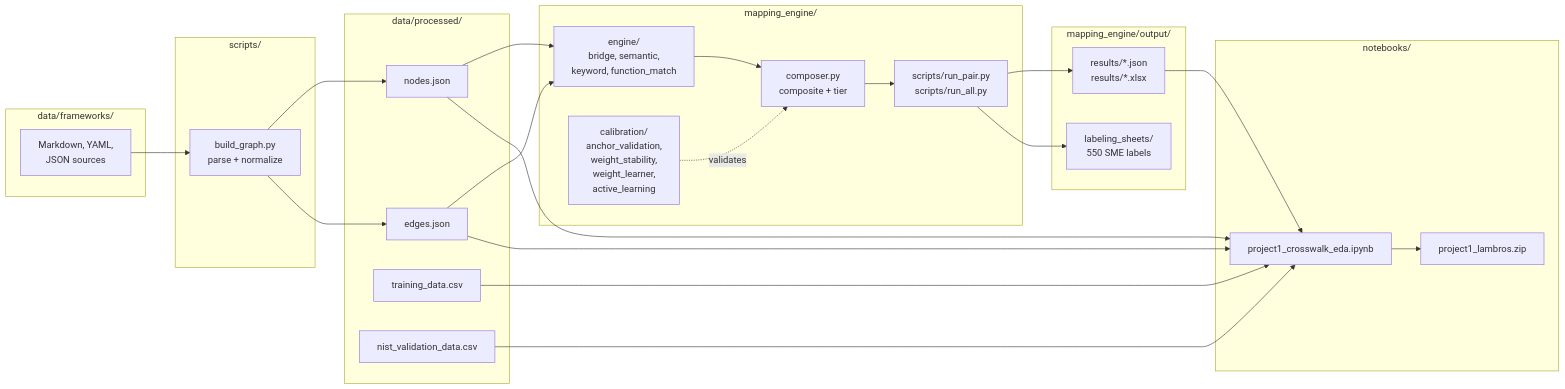
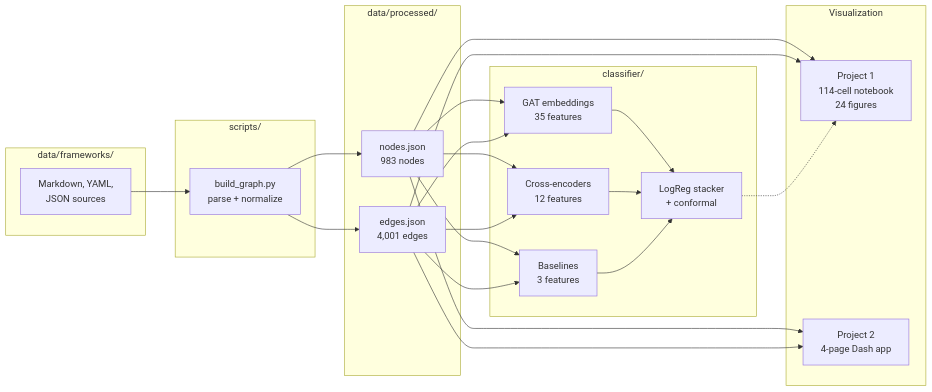
Before and after one commit to rocklambros/ai-security-framework-crosswalk: the second of 3 diagrams in README.md, drawn with Mermaid. The commit also changed other lines of this file and 3 other files, not shown here.

First line of the commit message:
docs: full rewrite of all READMEs with corrected metrics and current project state

````diff
--- a/README.md
+++ b/README.md
@@ -140,42 +145,32 @@
 ```mermaid
 flowchart LR
     subgraph Raw["data/frameworks/"]
         MD["Markdown, YAML,<br/>JSON sources"]
     end
     subgraph Build["scripts/"]
         BUILD["build_graph.py<br/>parse + normalize"]
     end
     subgraph Store["data/processed/"]
-        NODES["nodes.json"]
-        EDGES["edges.json"]
-        TRAIN["training_data.csv"]
-        VAL["nist_validation_data.csv"]
+        NODES["nodes.json<br/>983 nodes"]
+        EDGES["edges.json<br/>4,001 edges"]
     end
-    subgraph Engine["mapping_engine/"]
-        ENG["engine/<br/>bridge, semantic,<br/>keyword, function_match"]
-        COMP["composer.py<br/>composite + tier"]
-        CAL["calibration/<br/>anchor_validation,<br/>weight_stability,<br/>weight_learner,<br/>active_learning"]
-        SCRIPT["scripts/run_pair.py<br/>scripts/run_all.py"]
+    subgraph Classifier["classifier/"]
+        GAT["GAT embeddings<br/>35 features"]
+        CE["Cross-encoders<br/>12 features"]
+        BL["Baselines<br/>3 features"]
+        STACK["LogReg stacker<br/>+ conformal"]
     end
-    subgraph Out["mapping_engine/output/"]
-        RES["results/*.json<br/>results/*.xlsx"]
-        SHEETS["labeling_sheets/<br/>550 SME labels"]
-    end
-    subgraph Deliver["notebooks/"]
-        NB["project1_crosswalk_eda.ipynb"]
-        ZIP["project1_lambros.zip"]
+    subgraph Viz["Visualization"]
+        NB["Project 1<br/>114-cell notebook<br/>24 figures"]
+        DASH["Project 2<br/>4-page Dash app"]
     end
     MD --> BUILD --> NODES & EDGES
-    NODES --> ENG
-    EDGES --> ENG
-    ENG --> COMP --> SCRIPT
-    CAL -.validates.-> COMP
-    SCRIPT --> RES
-    SCRIPT --> SHEETS
-    NODES --> NB
-    EDGES --> NB
-    TRAIN --> NB
-    VAL --> NB
-    RES --> NB
-    NB --> ZIP
+    NODES --> GAT & CE & BL
+    EDGES --> GAT & CE & BL
+    GAT --> STACK
+    CE --> STACK
+    BL --> STACK
+    NODES --> NB & DASH
+    EDGES --> NB & DASH
+    STACK -.-> NB
 ```
````
